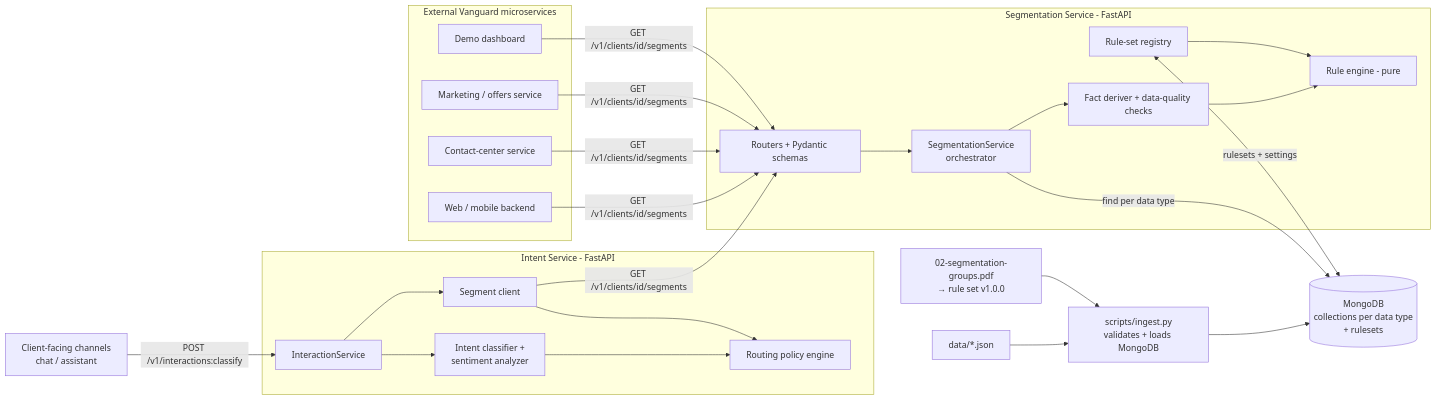
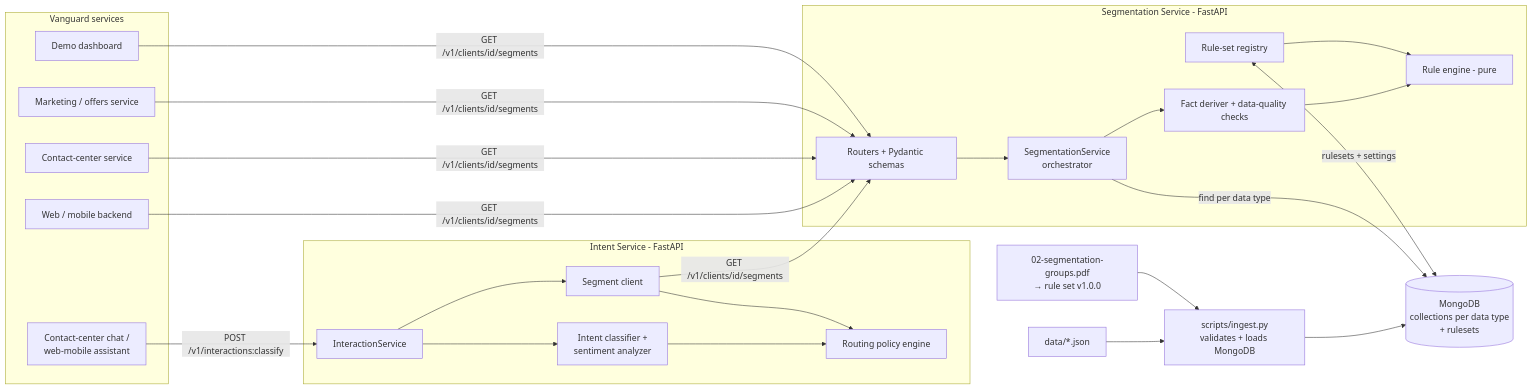
Before and after one commit to JustinGarvida/vanguard-css: the first of 4 diagrams in docs/03-service-design.md, drawn with Mermaid. The commit also changed 2 other files, not shown here.

Commit message:
docs: group all Vanguard services into one column in the architecture
Chat and assistant channels feed the Intent Service; the other services
call the Segmentation API directly.

````diff
--- a/docs/03-service-design.md
+++ b/docs/03-service-design.md
@@ -46,40 +46,41 @@
 ```mermaid
 flowchart LR
-    subgraph Consumers[External Vanguard microservices]
+    subgraph Consumers[Vanguard services]
+        CH[Contact-center chat /<br/>web-mobile assistant]
         MS1[Web / mobile backend]
         MS2[Contact-center service]
         MS3[Marketing / offers service]
         DASH[Demo dashboard]
     end
 
-    CH[Client-facing channels<br/>chat / assistant] -->|POST /v1/interactions:classify| INT
+    CH -->|POST /v1/interactions:classify| INT
 
     subgraph IS[Intent Service - FastAPI]
         INT[InteractionService]
         CLS[Intent classifier +<br/>sentiment analyzer]
         SC[Segment client]
         RP[Routing policy engine]
     end
 
     subgraph CSS[Segmentation Service - FastAPI]
         API[Routers + Pydantic schemas]
         SVC[SegmentationService<br/>orchestrator]
         FACT[Fact deriver + data-quality checks]
         ENG[Rule engine - pure]
         RSR[Rule-set registry]
     end
 
     DB[(MongoDB<br/>collections per data type<br/>+ rulesets)]
     ING[scripts/ingest.py<br/>validates + loads MongoDB]
     SRC[data/*.json]
     PDF[02-segmentation-groups.pdf<br/>→ rule set v1.0.0]
 
     INT --> CLS & SC
     CLS & SC --> RP
     MS1 & MS2 & MS3 & DASH & SC -->|GET /v1/clients/id/segments| API
     API --> SVC -->|find per data type| DB
     SVC --> FACT --> ENG
     RSR --> ENG
     RSR <-->|rulesets + settings| DB
     SRC & PDF --> ING --> DB
 ```
````
